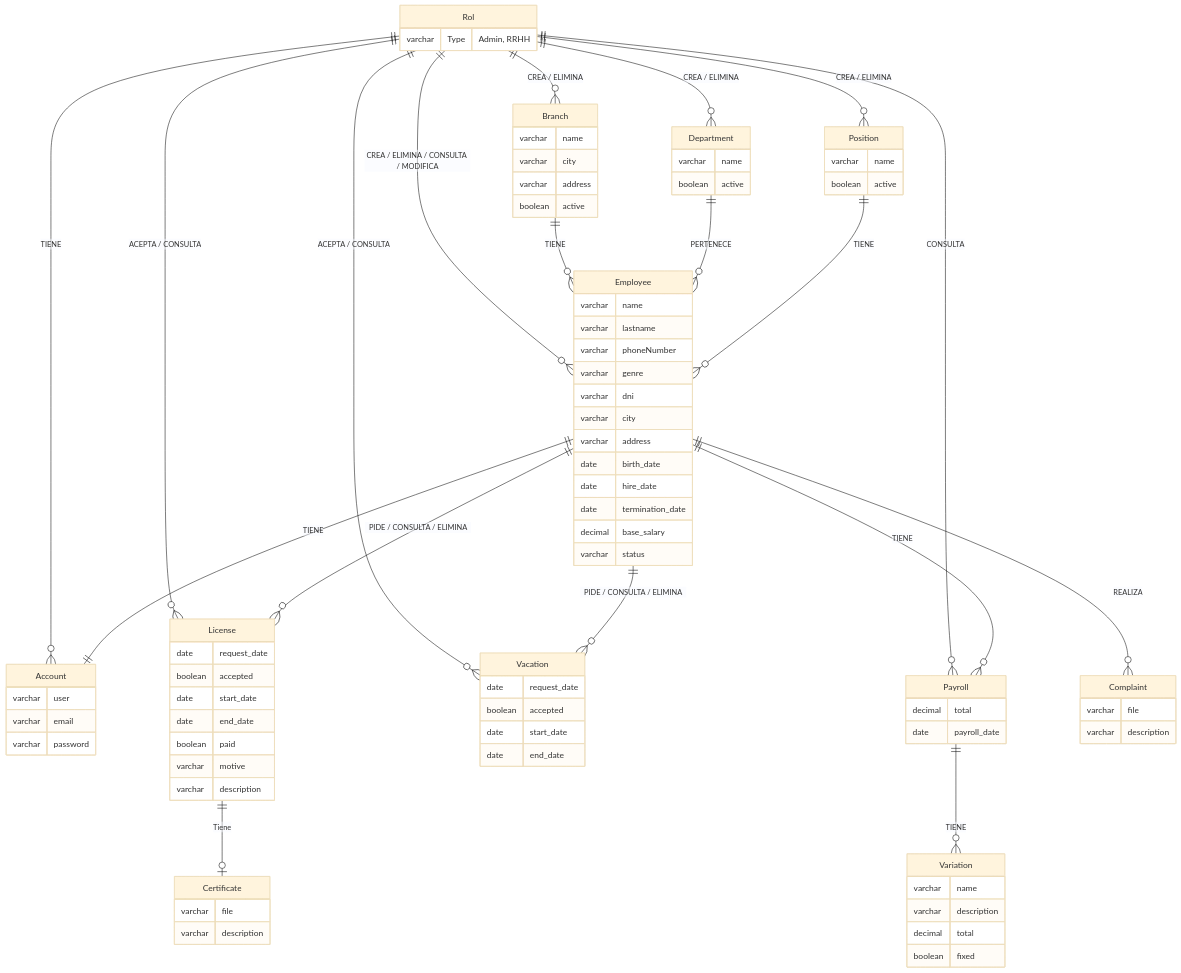
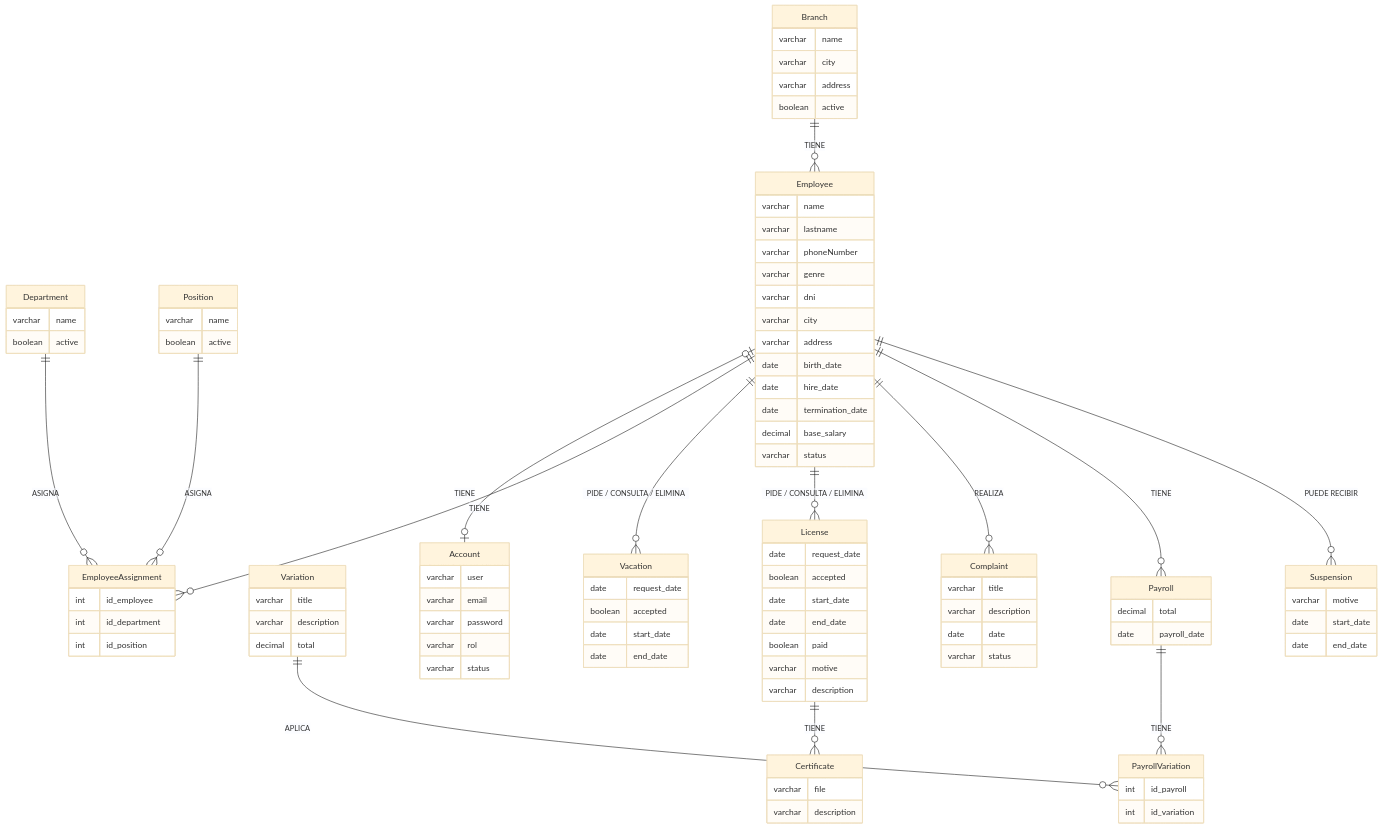
One commit to Gramsoul/HiveRH changed the diagram in docs/Conceptual.md. Above: the diagram before and after it, drawn with Mermaid (base theme). The commit also changed 3 other files, not shown here.

````diff
--- a/docs/Conceptual.md
+++ b/docs/Conceptual.md
@@ -6,11 +6,9 @@
 varchar user
 varchar email
 varchar password
+varchar rol
+varchar status
 }
-
-    Rol {
-        varchar Type "Admin, RRHH"
-    }
 
     Branch {
         varchar name
@@ -20,10 +18,9 @@
     }
 
     Variation {
-        varchar name
+        varchar title
         varchar description
         decimal total
-        boolean fixed
     }
 
     Payroll {
@@ -56,6 +53,12 @@
         varchar status
     }
 
+    EmployeeAssignment {
+        int id_employee
+        int id_department
+        int id_position
+    }
+
     Vacation {
         date request_date
         boolean accepted
@@ -79,31 +82,40 @@
     }
 
     Complaint {
-        varchar file
+        varchar title
         varchar description
+        date date
+        varchar status
     }
 
-    %% Relaciones de Rol (Admin, RRHH)
-    Rol ||--o{ Account : "TIENE"
-    Rol ||--o{ Branch : "CREA / ELIMINA"
-    Rol ||--o{ Department : "CREA / ELIMINA"
-    Rol ||--o{ Position : "CREA / ELIMINA"
-    Rol ||--o{ Employee : "CREA / ELIMINA / CONSULTA / MODIFICA"
-    Rol ||--o{ Vacation : "ACEPTA / CONSULTA"
-    Rol ||--o{ License : "ACEPTA / CONSULTA"
-    Rol ||--o{ Payroll : "CONSULTA"
+    Suspension {
+        varchar motive
+        date start_date
+        date end_date
+    }
+
+    PayrollVariation {
+        int id_payroll
+        int id_variation
+    }
+
+    %% Roles del sistema
+    %% ADMIN, RRHH y EMPLOYEE se modelan como enum dentro de Account.
 
     %% Relaciones de Employee
-    Employee ||--|| Account : "TIENE"
+    Employee |o--o| Account : "TIENE"
     Branch ||--o{ Employee : "TIENE"
-    Department ||--o{ Employee : "PERTENECE"
-    Position ||--o{ Employee : "TIENE"
+    Employee ||--o{ EmployeeAssignment : "TIENE"
+    Department ||--o{ EmployeeAssignment : "ASIGNA"
+    Position ||--o{ EmployeeAssignment : "ASIGNA"
     Employee ||--o{ Vacation : "PIDE / CONSULTA / ELIMINA"
     Employee ||--o{ License : "PIDE / CONSULTA / ELIMINA"
     Employee ||--o{ Complaint : "REALIZA"
     Employee ||--o{ Payroll : "TIENE"
+    Employee ||--o{ Suspension : "PUEDE RECIBIR"
 
     %% Otras Relaciones
-    License ||--o| Certificate : "Tiene"
-    Payroll ||--o{ Variation : "TIENE"
+    License ||--o{ Certificate : "TIENE"
+    Payroll ||--o{ PayrollVariation : "TIENE"
+    Variation ||--o{ PayrollVariation : "APLICA"
 ```
````
